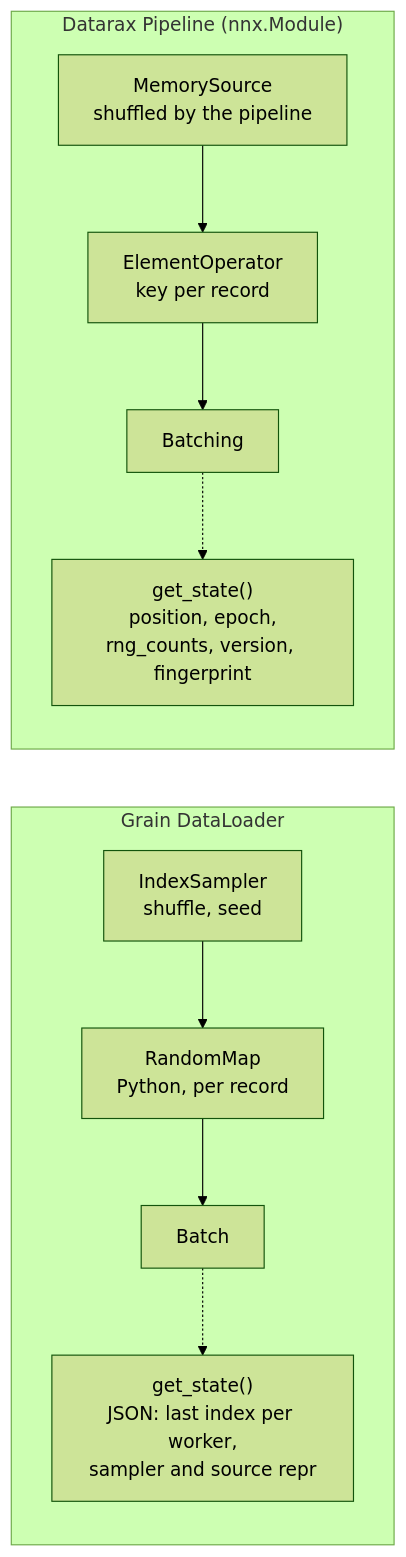
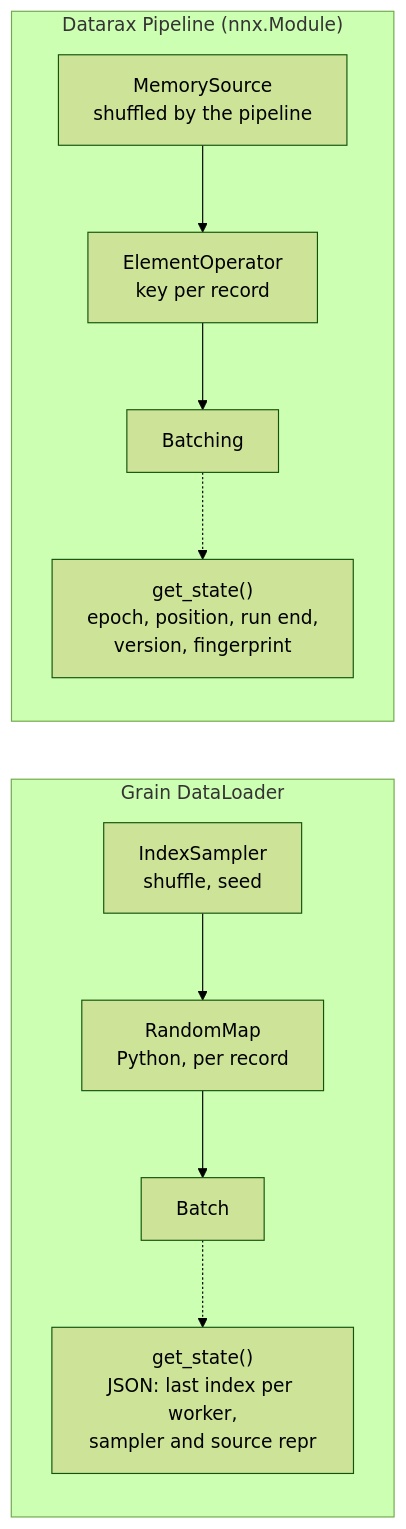
One commit to avitai/datarax changed the diagram in docs/examples/comparison/grain-datarax-quickref.md. Above: the diagram before and after it, drawn with Mermaid (forest theme). The commit also changed other lines of this file and 101 other files, not shown here.

````diff
--- a/docs/examples/comparison/grain-datarax-quickref.md
+++ b/docs/examples/comparison/grain-datarax-quickref.md
@@ -235,20 +235,20 @@
 ```mermaid
 flowchart LR
     subgraph Grain["Grain DataLoader"]
         GS["IndexSampler<br/>shuffle, seed"]
         GT["RandomMap<br/>Python, per record"]
         GB["Batch"]
         GC["get_state()<br/>JSON: last index per worker,<br/>sampler and source repr"]
         GS --> GT --> GB
         GB -.-> GC
     end
 
     subgraph Datarax["Datarax Pipeline (nnx.Module)"]
         DS["MemorySource<br/>shuffled by the pipeline"]
         DO["ElementOperator<br/>key per record"]
         DB["Batching"]
-        DC["get_state()<br/>position, epoch,<br/>rng_counts, version, fingerprint"]
+        DC["get_state()<br/>epoch, position, run end,<br/>version, fingerprint"]
         DS --> DO --> DB
         DB -.-> DC
     end
 ```
````
